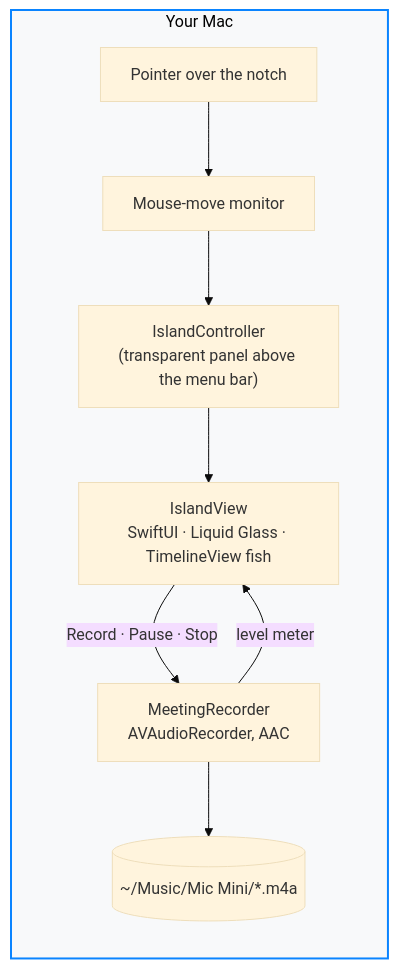
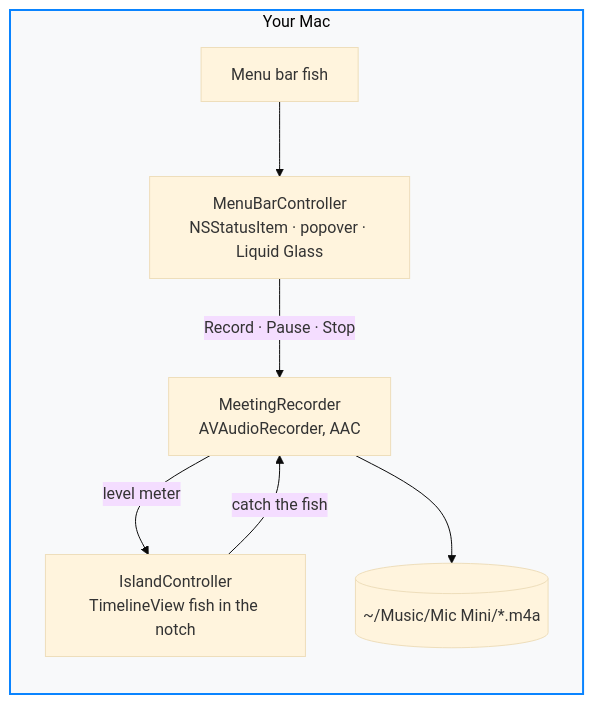
The diagram in README.md (flol3622/FishMic), drawn with Mermaid (base theme) before and after one commit. The commit also changed other lines of this file and 6 other files, not shown here.

First line of the commit message:
Mic Mini 0.3.0: a menu bar app, with a fish to catch in the notch

````diff
--- a/README.md
+++ b/README.md
@@ -145,13 +148,12 @@
 ```mermaid
 flowchart LR
     subgraph MAC["Your Mac"]
-        A["Pointer over the notch"] --> B["Mouse-move monitor"]
-        B --> C["IslandController<br/>(transparent panel above the menu bar)"]
-        C --> D["IslandView<br/>SwiftUI · Liquid Glass · TimelineView fish"]
-        D -- "Record · Pause · Stop" --> E["MeetingRecorder<br/>AVAudioRecorder, AAC"]
-        E -- "level meter" --> D
+        A["Menu bar fish"] --> B["MenuBarController<br/>NSStatusItem · popover · Liquid Glass"]
+        B -- "Record · Pause · Stop" --> E["MeetingRecorder<br/>AVAudioRecorder, AAC"]
+        E -- "level meter" --> D["IslandController<br/>TimelineView fish in the notch"]
+        D -- "catch the fish" --> E
         E --> F[("~/Music/Mic Mini/*.m4a")]
     end
 
     style MAC fill:#f8f9fa,stroke:#0a84ff,stroke-width:2px,color:#000
 ```
````
